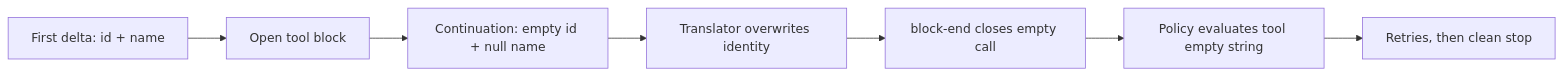
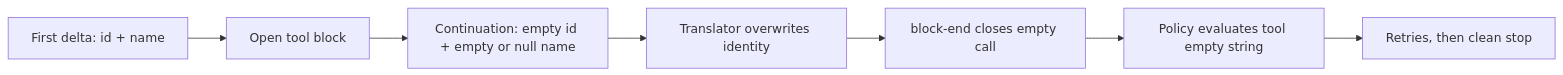
The diagram in docs/en/troubleshooting/streamed-tool-call-empty-identity.md (sandbaseai/deepseek-harness-handbook), drawn with Mermaid before and after one commit. The commit also changed other lines of this file and 9 other files, not shown here.

````diff
--- a/docs/en/troubleshooting/streamed-tool-call-empty-identity.md
+++ b/docs/en/troubleshooting/streamed-tool-call-empty-identity.md
@@ -33,9 +53,9 @@
 ```mermaid
 flowchart LR
   F[First delta: id + name] --> O[Open tool block]
-  O --> C[Continuation: empty id + null name]
+  O --> C[Continuation: empty id + empty or null name]
   C --> T[Translator overwrites identity]
   T --> B[block-end closes empty call]
   B --> P[Policy evaluates tool empty string]
   P --> S[Retries, then clean stop]
 ```
````
